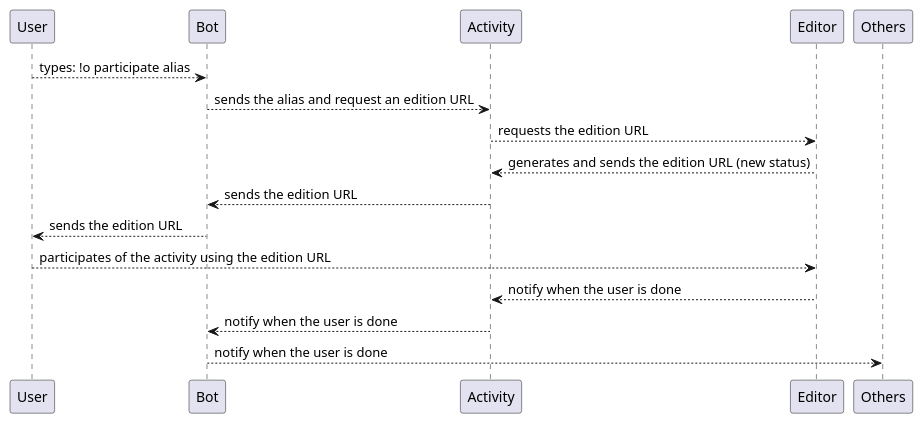
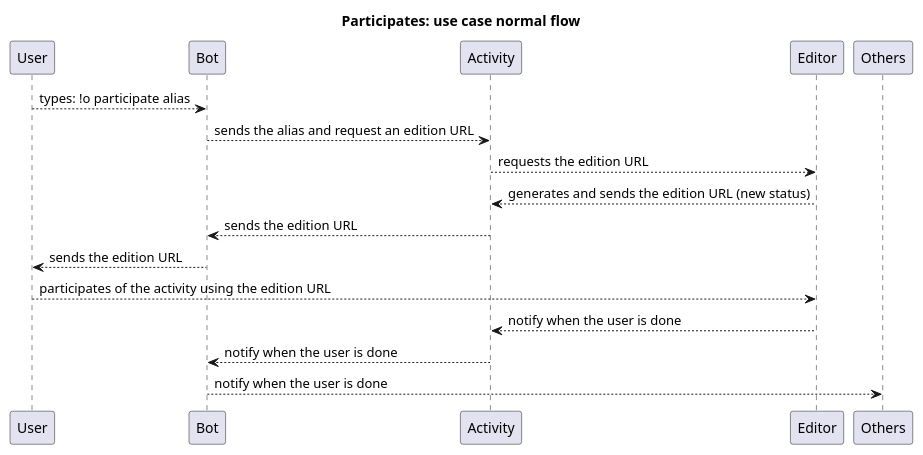
One commit to oibaf-ifrs/bot changed the diagram in docs/uml/ucParticipate.puml. Above: the diagram before and after it, drawn with PlantUML. The commit also changed 16 other files, not shown here.

```diff
--- a/docs/uml/ucParticipate.puml
+++ b/docs/uml/ucParticipate.puml
@@ -1,12 +1,15 @@
 @startuml
+
+title Participates: use case normal flow
+
 User --> Bot: types: !o participate alias
 Bot --> Activity: sends the alias and request an edition URL
 Activity --> Editor: requests the edition URL
 Editor --> Activity: generates and sends the edition URL (new status)
 Activity --> Bot: sends the edition URL
 Bot --> User: sends the edition URL
 User --> Editor: participates of the activity using the edition URL
 Editor --> Activity: notify when the user is done
 Activity --> Bot: notify when the user is done
 Bot --> Others: notify when the user is done
 @enduml
```
